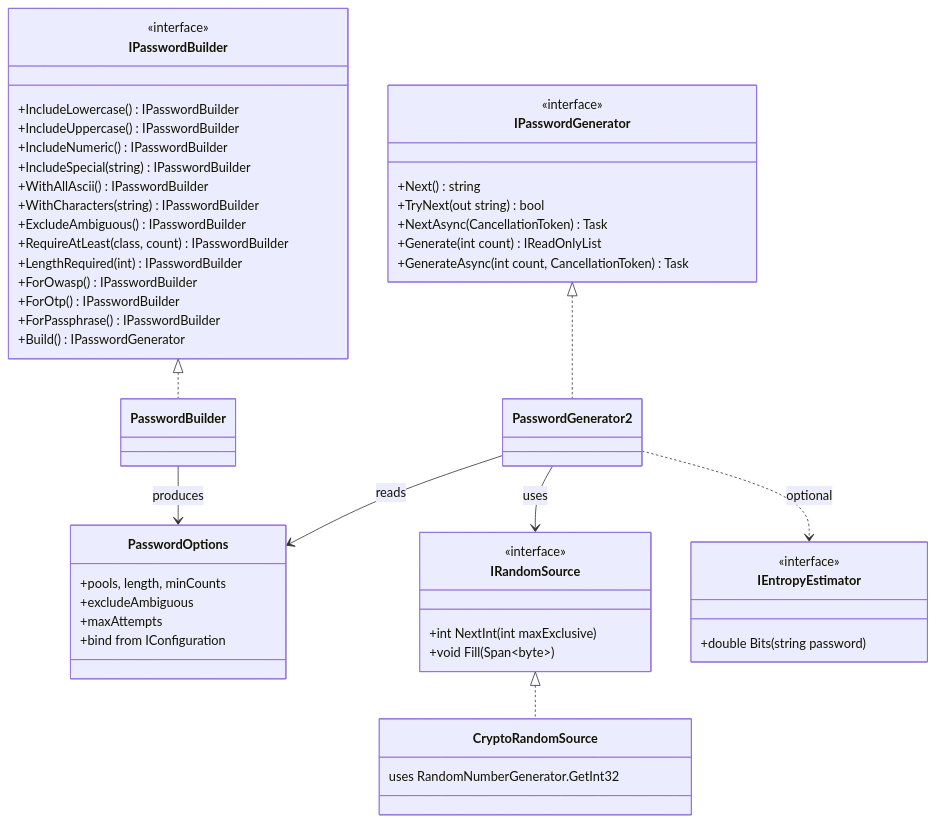
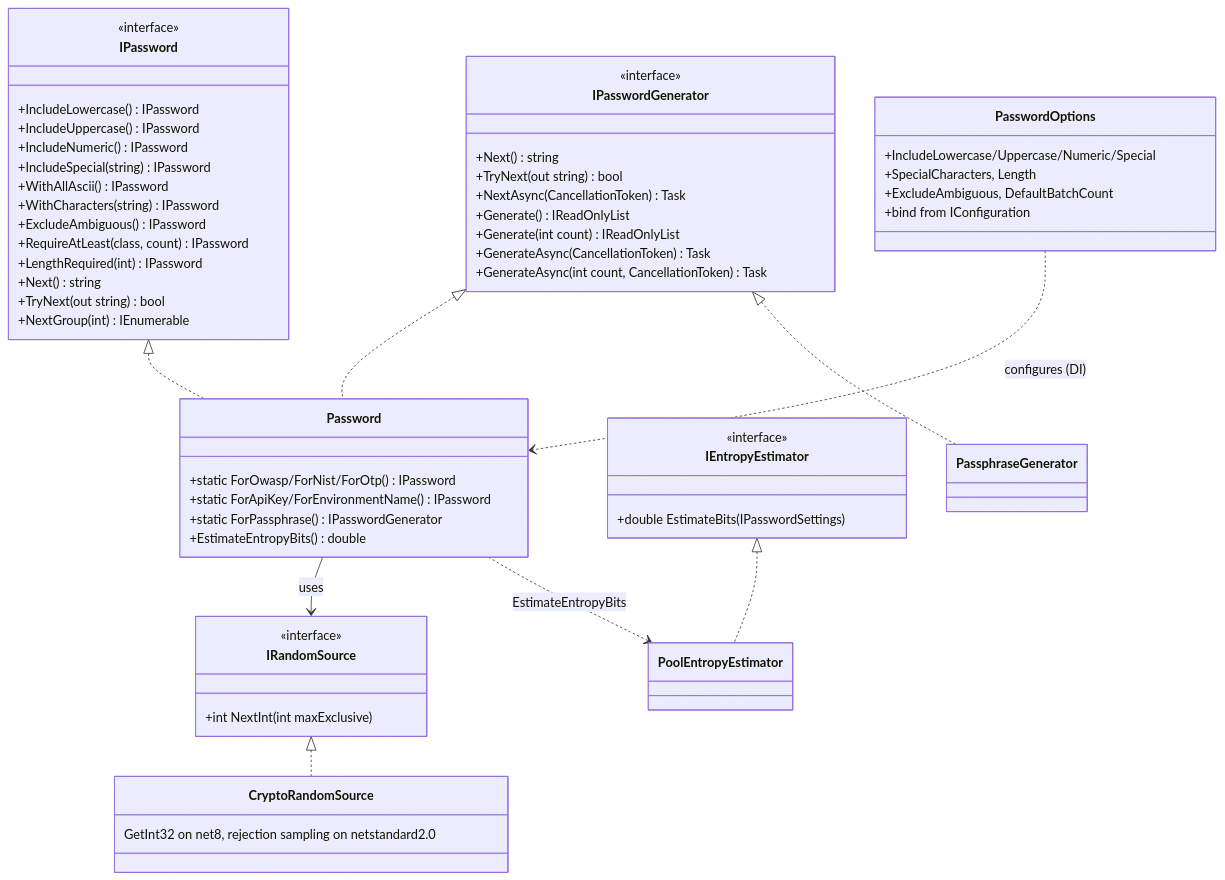
Before and after one commit to prjseal/PasswordGenerator: the first of 3 diagrams in docs/v3-target/architecture.md, drawn with Mermaid. The commit also changed other lines of this file and 7 other files, not shown here.

````diff
--- a/docs/v3-target/architecture.md
+++ b/docs/v3-target/architecture.md
@@ -8,53 +10,60 @@
 ```mermaid
 classDiagram
     class IPasswordGenerator {
         <<interface>>
         +Next() string
         +TryNext(out string) bool
         +NextAsync(CancellationToken) Task
+        +Generate() IReadOnlyList
         +Generate(int count) IReadOnlyList
+        +GenerateAsync(CancellationToken) Task
         +GenerateAsync(int count, CancellationToken) Task
     }
-    class IPasswordBuilder {
+    class IPassword {
         <<interface>>
-        +IncludeLowercase() IPasswordBuilder
-        +IncludeUppercase() IPasswordBuilder
-        +IncludeNumeric() IPasswordBuilder
-        +IncludeSpecial(string) IPasswordBuilder
-        +WithAllAscii() IPasswordBuilder
-        +WithCharacters(string) IPasswordBuilder
-        +ExcludeAmbiguous() IPasswordBuilder
-        +RequireAtLeast(class, count) IPasswordBuilder
-        +LengthRequired(int) IPasswordBuilder
-        +ForOwasp() IPasswordBuilder
-        +ForOtp() IPasswordBuilder
-        +ForPassphrase() IPasswordBuilder
-        +Build() IPasswordGenerator
+        +IncludeLowercase() IPassword
+        +IncludeUppercase() IPassword
+        +IncludeNumeric() IPassword
+        +IncludeSpecial(string) IPassword
+        +WithAllAscii() IPassword
+        +WithCharacters(string) IPassword
+        +ExcludeAmbiguous() IPassword
+        +RequireAtLeast(class, count) IPassword
+        +LengthRequired(int) IPassword
+        +Next() string
+        +TryNext(out string) bool
+        +NextGroup(int) IEnumerable
+    }
+    class Password {
+        +static ForOwasp/ForNist/ForOtp() IPassword
+        +static ForApiKey/ForEnvironmentName() IPassword
+        +static ForPassphrase() IPasswordGenerator
+        +EstimateEntropyBits() double
     }
     class PasswordOptions {
-        +pools, length, minCounts
-        +excludeAmbiguous
-        +maxAttempts
+        +IncludeLowercase/Uppercase/Numeric/Special
+        +SpecialCharacters, Length
+        +ExcludeAmbiguous, DefaultBatchCount
         +bind from IConfiguration
     }
     class IRandomSource {
         <<interface>>
         +int NextInt(int maxExclusive)
-        +void Fill(Span~byte~)
     }
     class CryptoRandomSource {
-        uses RandomNumberGenerator.GetInt32
+        GetInt32 on net8, rejection sampling on netstandard2.0
     }
     class IEntropyEstimator {
         <<interface>>
-        +double Bits(string password)
+        +double EstimateBits(IPasswordSettings)
     }
 
-    IPasswordGenerator <|.. PasswordGenerator2
-    IPasswordBuilder <|.. PasswordBuilder
-    PasswordBuilder --> PasswordOptions : produces
-    PasswordGenerator2 --> PasswordOptions : reads
-    PasswordGenerator2 --> IRandomSource : uses
+    IPassword <|.. Password
+    IPasswordGenerator <|.. Password
+    IPasswordGenerator <|.. PassphraseGenerator
+    Password --> IRandomSource : uses
+    PasswordOptions ..> Password : configures (DI)
     IRandomSource <|.. CryptoRandomSource
-    PasswordGenerator2 ..> IEntropyEstimator : optional
+    IEntropyEstimator <|.. PoolEntropyEstimator
+    Password ..> PoolEntropyEstimator : EstimateEntropyBits
 ```
````
